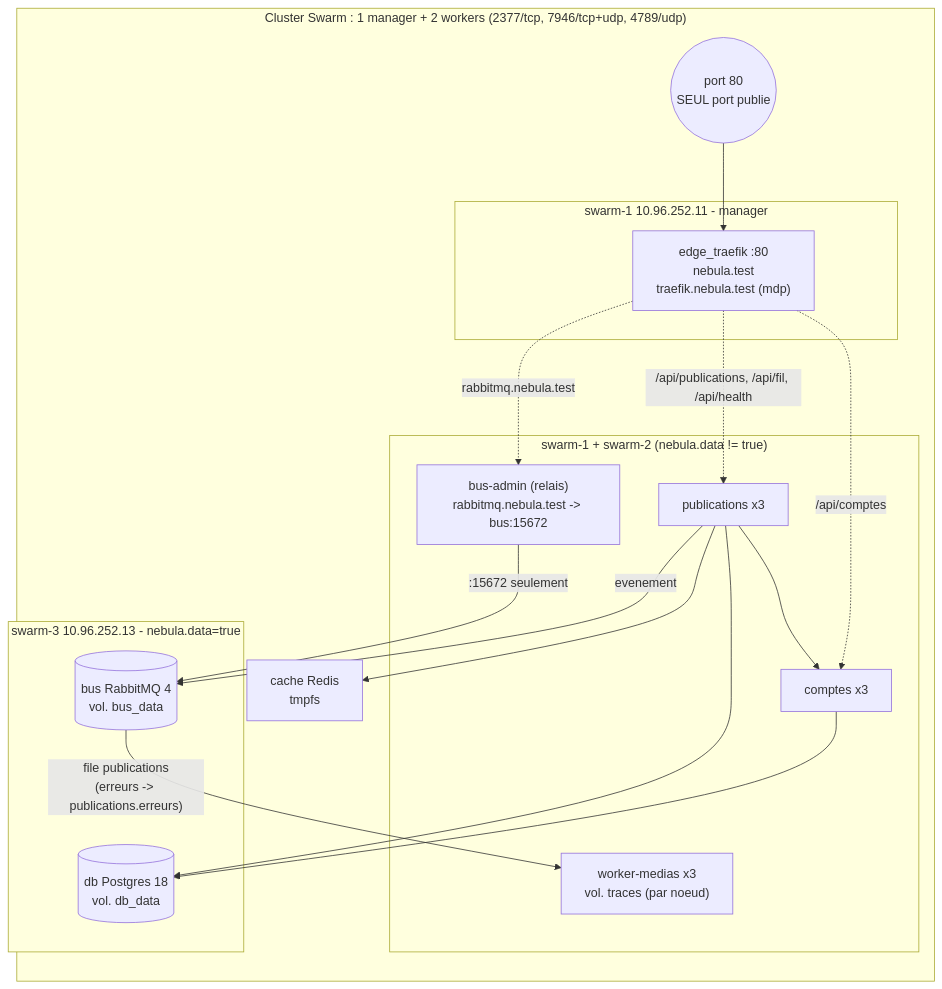
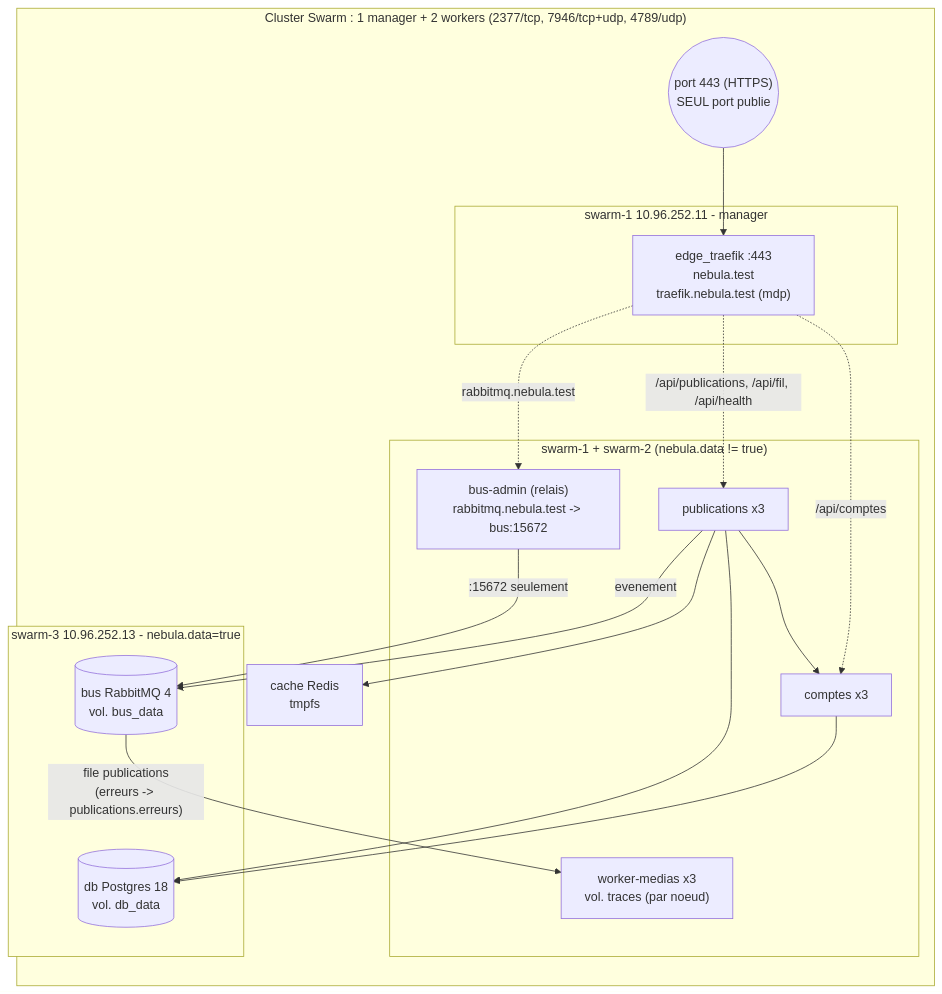
Before and after one commit to P0CEE/nebula: the diagram in docs/schema-reseau.md, drawn with Mermaid. The commit also changed other lines of this file and 2 other files, not shown here.

Commit message:
docs: exploitation depuis le poste (contextes Docker), HTTPS nebula.test

````diff
--- a/docs/schema-reseau.md
+++ b/docs/schema-reseau.md
@@ -7,35 +7,35 @@
 ```mermaid
 flowchart TB
   subgraph swarm["Cluster Swarm : 1 manager + 2 workers (2377/tcp, 7946/tcp+udp, 4789/udp)"]
     direction TB
-    ingress(("port 80<br/>SEUL port publie"))
+    ingress(("port 443 (HTTPS)<br/>SEUL port publie"))
 
     subgraph s1["swarm-1 10.96.252.11 - manager"]
-      traefik["edge_traefik :80<br/>nebula.test<br/>traefik.nebula.test (mdp)"]
+      traefik["edge_traefik :443<br/>nebula.test<br/>traefik.nebula.test (mdp)"]
     end
     subgraph s12["swarm-1 + swarm-2 (nebula.data != true)"]
       comptes["comptes x3"]
       publications["publications x3"]
       worker["worker-medias x3<br/>vol. traces (par noeud)"]
       busadmin["bus-admin (relais)<br/>rabbitmq.nebula.test -> bus:15672"]
     end
     subgraph s3["swarm-3 10.96.252.13 - nebula.data=true"]
       db[("db Postgres 18<br/>vol. db_data")]
       bus[("bus RabbitMQ 4<br/>vol. bus_data")]
     end
     cache["cache Redis<br/>tmpfs"]
   end
 
   ingress --> traefik
   traefik -. "/api/comptes" .-> comptes
   traefik -. "/api/publications, /api/fil, /api/health" .-> publications
   traefik -. "rabbitmq.nebula.test" .-> busadmin
 
   comptes --> db
   publications --> comptes
   publications --> db
   publications --> cache
   publications -- "evenement" --> bus
   bus -- "file publications<br/>(erreurs -> publications.erreurs)" --> worker
   busadmin -- ":15672 seulement" --> bus
 ```
````
